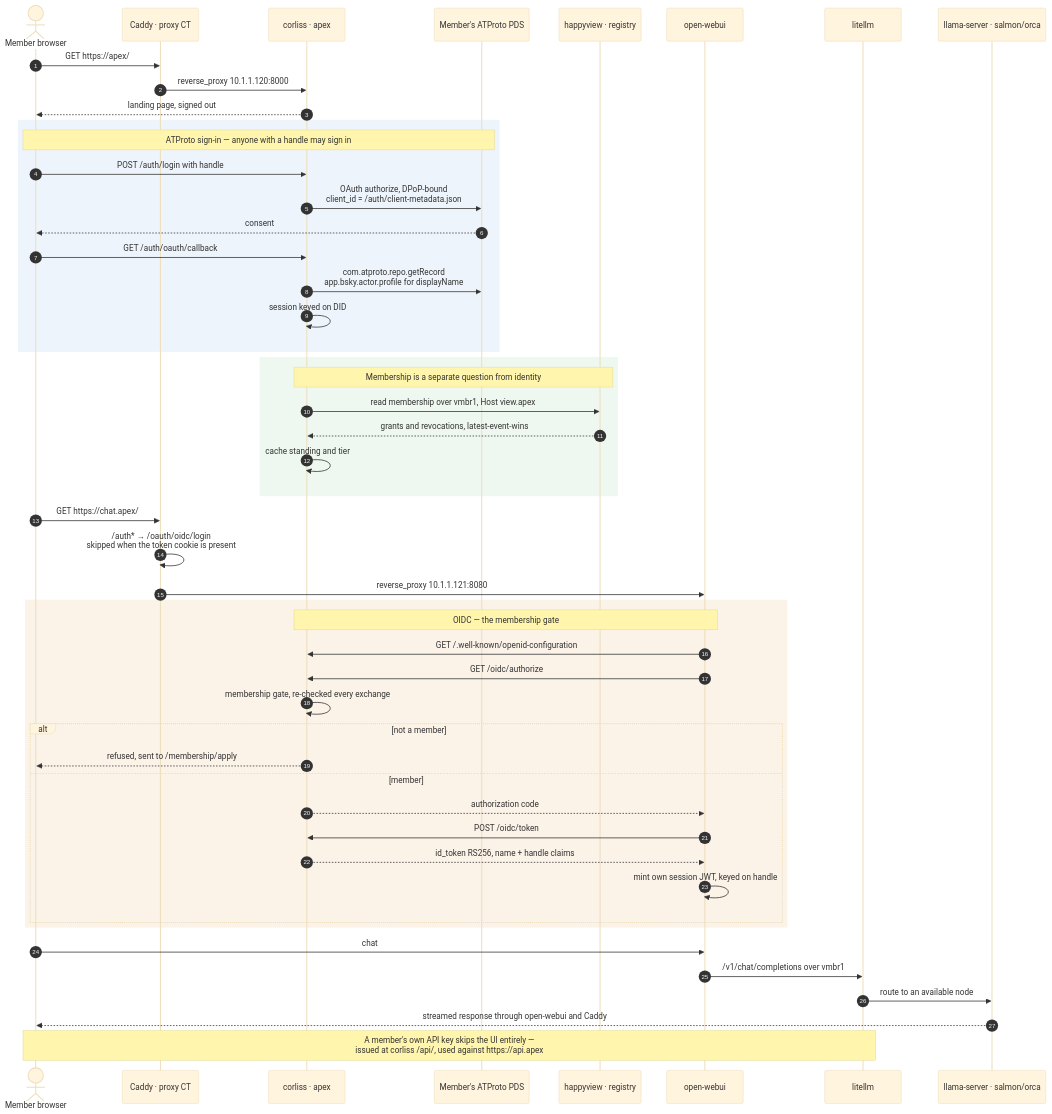
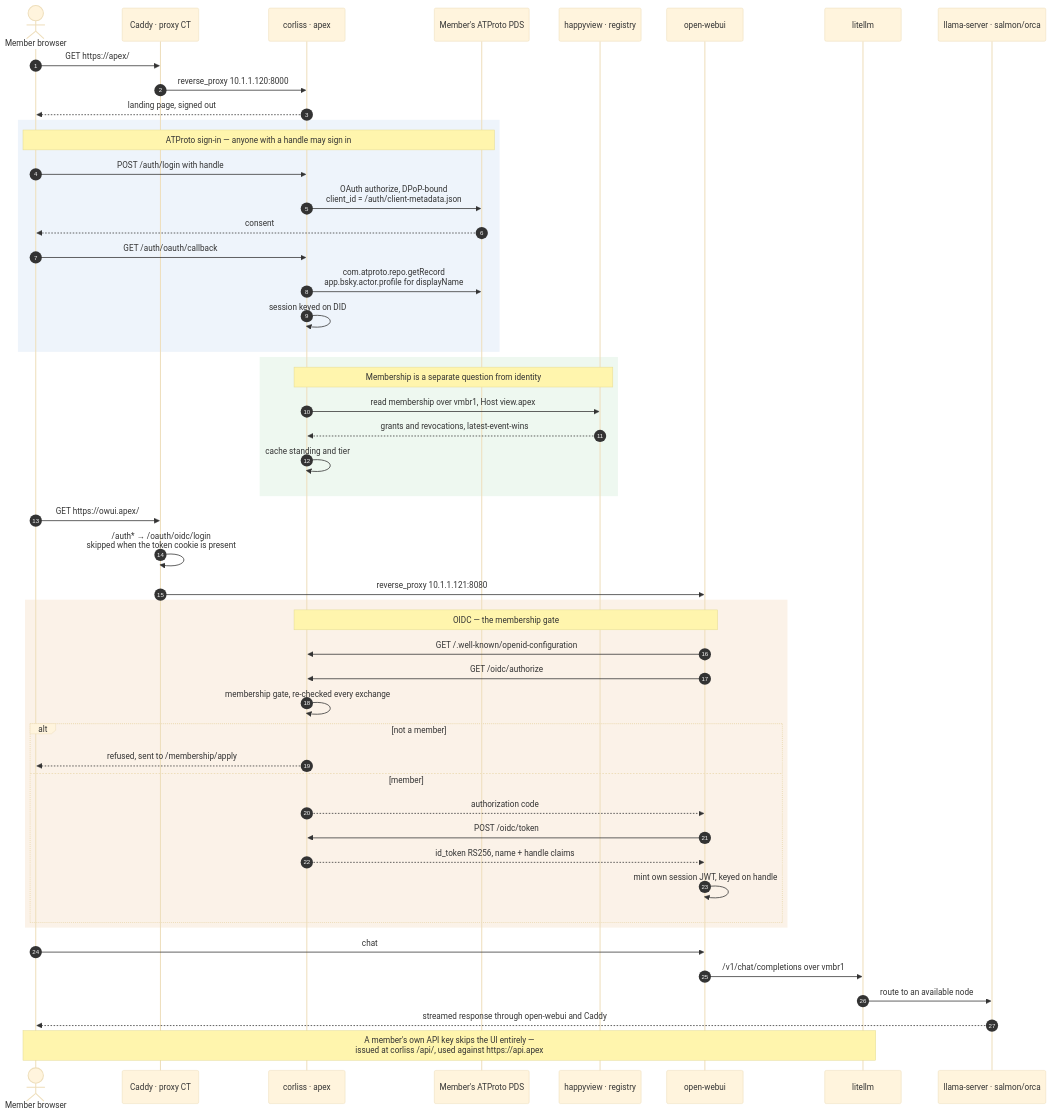
One commit to Z-Space-Society/zai-ops changed the third of 4 diagrams in docs/diagrams.md. Above: the diagram before and after it, drawn with Mermaid (base theme). The commit also changed other lines of this file and 11 other files, not shown here.

````diff
--- a/docs/diagrams.md
+++ b/docs/diagrams.md
@@ -206,59 +206,59 @@
 ```mermaid
 sequenceDiagram
     autonumber
     actor M as Member browser
     participant C as Caddy · proxy CT
     participant CO as corliss · apex
     participant PDS as Member's ATProto PDS
     participant HV as happyview · registry
     participant OW as open-webui
     participant LL as litellm
     participant GPU as llama-server · salmon/orca
 
     M->>C: GET https://apex/
     C->>CO: reverse_proxy 10.1.1.120:8000
     CO-->>M: landing page, signed out
 
     rect rgb(238, 244, 251)
     Note over M,PDS: ATProto sign-in — anyone with a handle may sign in
     M->>CO: POST /auth/login with handle
     CO->>PDS: OAuth authorize, DPoP-bound<br/>client_id = /auth/client-metadata.json
     PDS-->>M: consent
     M->>CO: GET /auth/oauth/callback
     CO->>PDS: com.atproto.repo.getRecord<br/>app.bsky.actor.profile for displayName
     CO->>CO: session keyed on DID
     end
 
     rect rgb(238, 248, 240)
     Note over CO,HV: Membership is a separate question from identity
     CO->>HV: read membership over vmbr1, Host view.apex
     HV-->>CO: grants and revocations, latest-event-wins
     CO->>CO: cache standing and tier
     end
 
-    M->>C: GET https://chat.apex/
+    M->>C: GET https://owui.apex/
     C->>C: /auth* → /oauth/oidc/login<br/>skipped when the token cookie is present
     C->>OW: reverse_proxy 10.1.1.121:8080
 
     rect rgb(251, 242, 232)
     Note over OW,CO: OIDC — the membership gate
     OW->>CO: GET /.well-known/openid-configuration
     OW->>CO: GET /oidc/authorize
     CO->>CO: membership gate, re-checked every exchange
     alt not a member
         CO-->>M: refused, sent to /membership/apply
     else member
         CO-->>OW: authorization code
         OW->>CO: POST /oidc/token
         CO-->>OW: id_token RS256, name + handle claims
         OW->>OW: mint own session JWT, keyed on handle
     end
     end
 
     M->>OW: chat
     OW->>LL: /v1/chat/completions over vmbr1
     LL->>GPU: route to an available node
     GPU-->>M: streamed response through open-webui and Caddy
 
     Note over M,LL: A member's own API key skips the UI entirely —<br/>issued at corliss /api/, used against https://api.apex
 ```
````
